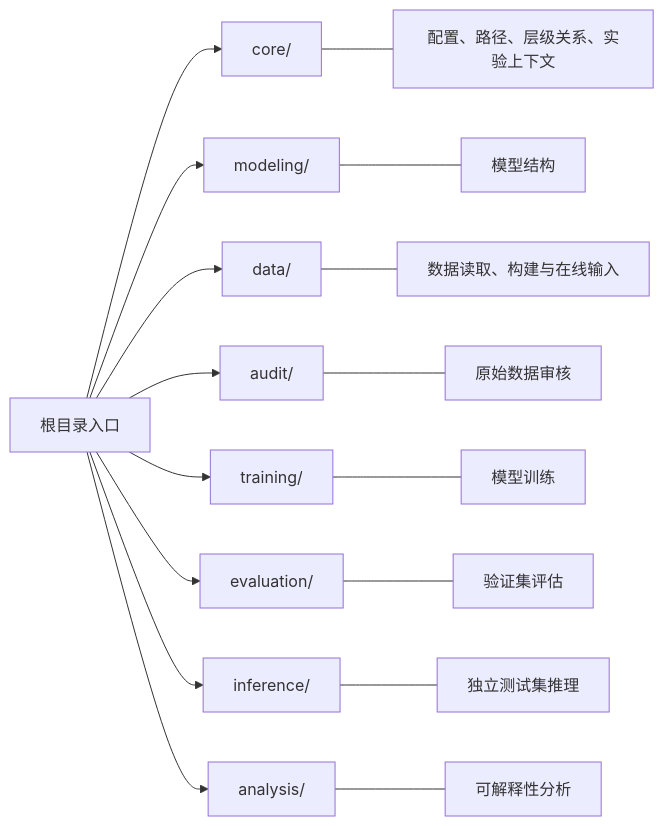
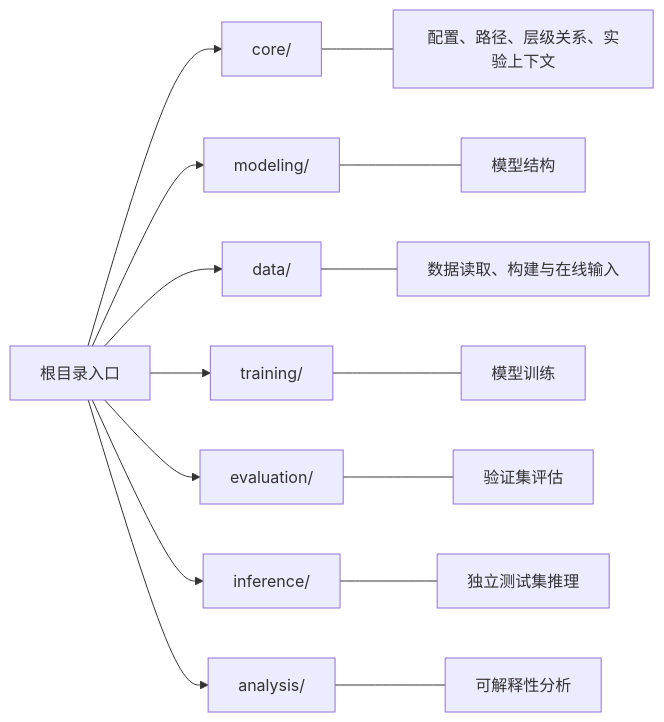
One commit to YaoHui-Wu06022/Bacterial-Raman-Spectroscopy-Classification changed the second of 2 diagrams in ramanv2/项目说明.md. Above: the diagram before and after it, drawn with Mermaid. The commit also changed other lines of this file and 44 other files, not shown here.

````diff
--- a/ramanv2/项目说明.md
+++ b/ramanv2/项目说明.md
@@ -108,22 +108,20 @@
 ```mermaid
 flowchart LR
     ROOT["根目录入口"]
 
     ROOT --> CORE["core/"]
     ROOT --> MODELING["modeling/"]
     ROOT --> DATA["data/"]
-    ROOT --> AUDIT["audit/"]
     ROOT --> TRAINING["training/"]
     ROOT --> EVAL["evaluation/"]
     ROOT --> INFER["inference/"]
     ROOT --> ANALYSIS["analysis/"]
 
     CORE --- CORE_DESC["配置、路径、层级关系、实验上下文"]
     MODELING --- MODELING_DESC["模型结构"]
     DATA --- DATA_DESC["数据读取、构建与在线输入"]
-    AUDIT --- AUDIT_DESC["原始数据审核"]
     TRAINING --- TRAINING_DESC["模型训练"]
     EVAL --- EVAL_DESC["验证集评估"]
     INFER --- INFER_DESC["独立测试集推理"]
     ANALYSIS --- ANALYSIS_DESC["可解释性分析"]
 ```
````
